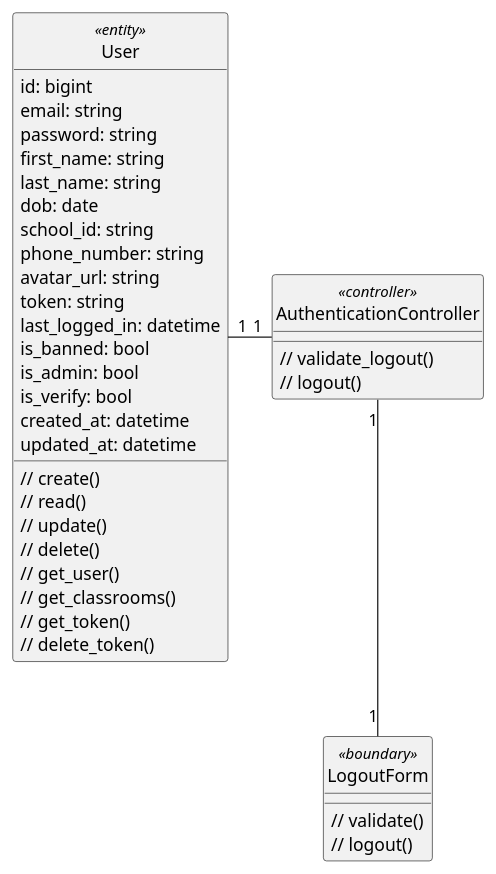
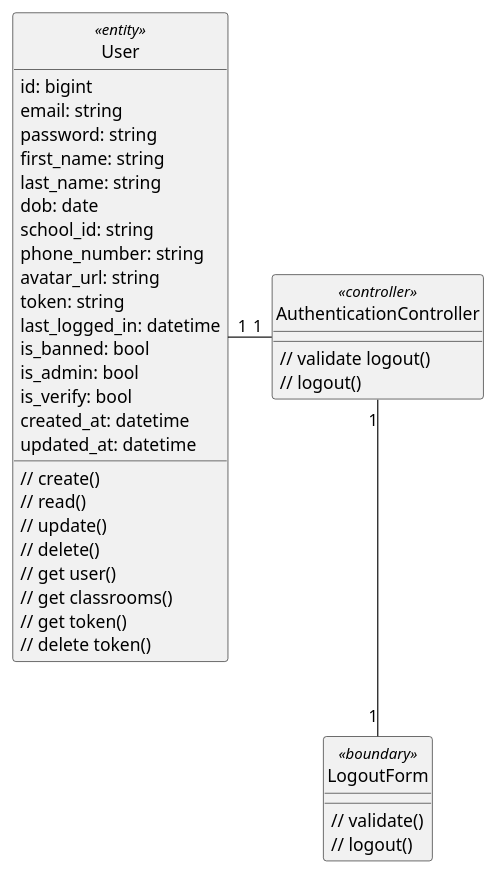
Before and after one commit to anonyhostvn/OOAD-Diagram: the diagram in class - analysis/authentication/logout.plantuml, drawn with PlantUML. The commit also changed 6 other files, not shown here.

```diff
--- a/class - analysis/authentication/logout.plantuml
+++ b/class - analysis/authentication/logout.plantuml
@@ -1,50 +1,50 @@
 @startuml login
 
 class User <<entity>> {
     id: bigint
     email: string
     password: string
     first_name: string
     last_name: string
     dob: date
     school_id: string
     phone_number: string
     avatar_url: string
     token: string
     last_logged_in: datetime
     is_banned: bool
     is_admin: bool
     is_verify: bool
     created_at: datetime
     updated_at: datetime
 
     // create()
     // read()
     // update()
     // delete()
-    // get_user()
-    // get_classrooms()
-    // get_token()
-    // delete_token()
+    // get user()
+    // get classrooms()
+    // get token()
+    // delete token()
 }
 
 class LogoutForm <<boundary>> {
     // validate()
     // logout()
 }
 
 class AuthenticationController <<controller>> {
-    // validate_logout()
+    // validate logout()
     // logout()
 }
 
 hide User <<entity>> circle
 hide LogoutForm <<boundary>> circle
 hide AuthenticationController <<controller>> circle
 
 AuthenticationController "1" -left- "1" User
 AuthenticationController "1" -down- "1" LogoutForm
 
 
 
 @enduml
```
